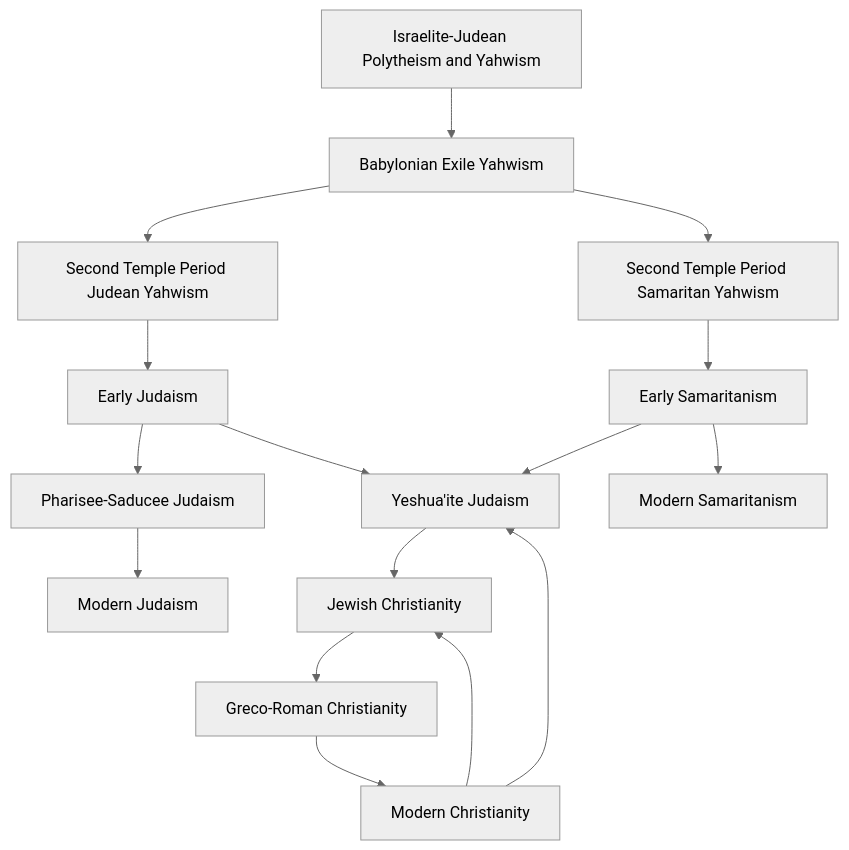
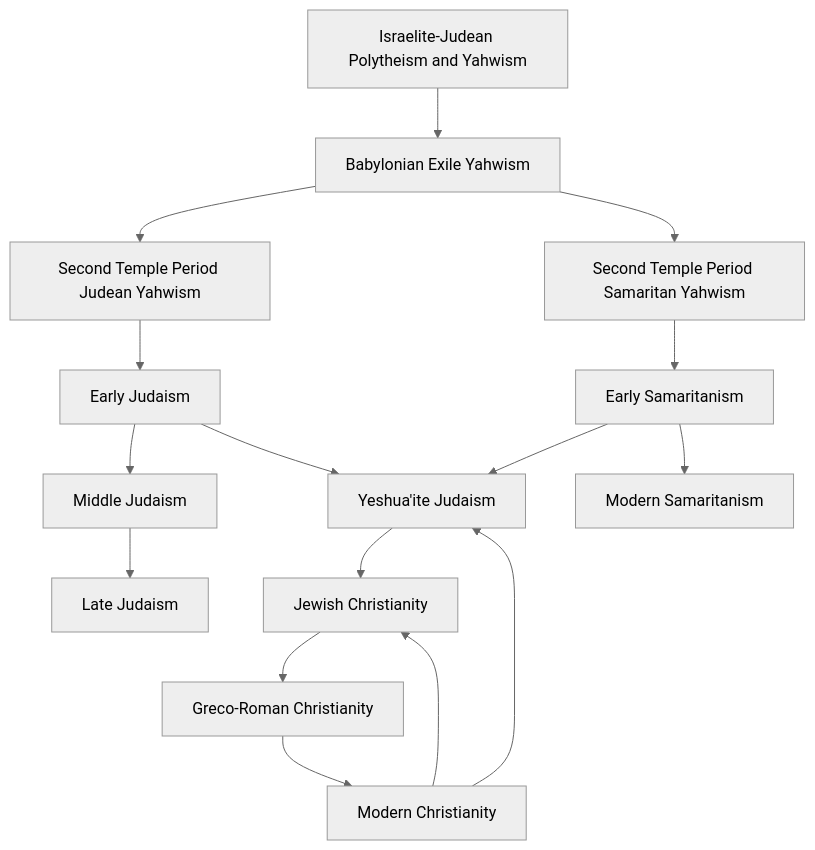
The diagram in religion/emergence_of_judaism_and_samaritanism.mermaid (bendqh1/mermaid), drawn with Mermaid (neutral theme) before and after one commit.

```diff
--- a/religion/emergence_of_judaism_and_samaritanism.mermaid
+++ b/religion/emergence_of_judaism_and_samaritanism.mermaid
@@ -1,20 +1,20 @@
 flowchart TD
     A1[Israelite-Judean Polytheism and Yahwism]
     A1 --> A2[Babylonian Exile Yahwism]
     A2 --> A3[Second Temple Period Judean Yahwism] 
     A2 --> A4[Second Temple Period Samaritan Yahwism]
 
     A3 --> B1[Early Judaism]
     A4 --> B2[Early Samaritanism]
 
-    B1 --> C1[Pharisee-Saducee Judaism]
+    B1 --> C1[Middle Judaism]
     B1 & B2 --> C2[Yeshua'ite Judaism]
 
-    C1 --> D1[Modern Judaism]
+    C1 --> D1[Late Judaism]
     B2 --> D2[Modern Samaritanism]
     
     C2 --> XX1[Jewish Christianity]
     XX1 --> XX2[Greco-Roman Christianity]
     XX2 --> XX3[Modern Christianity]
 
     XX3 --> C2 & XX1
```
